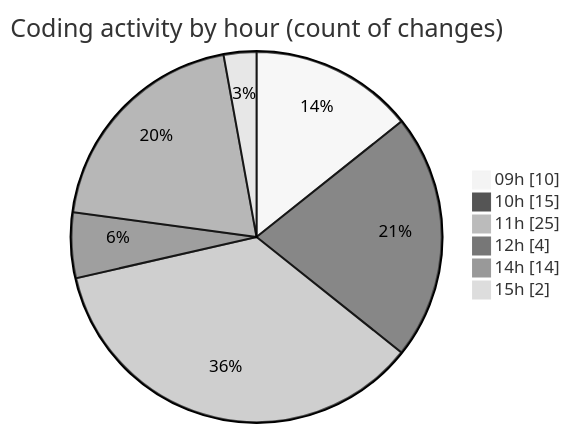
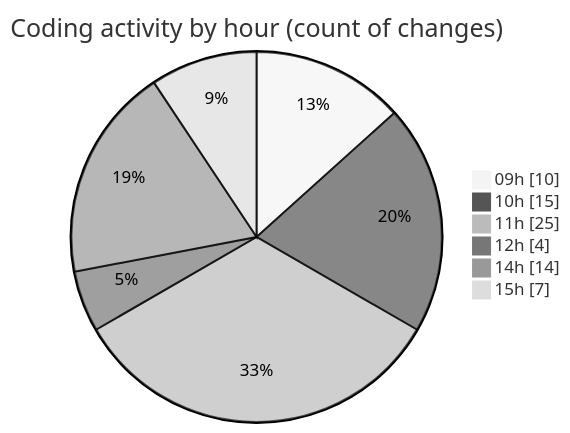
Before and after one commit to MatusMokan/code-tracking: the second of 2 diagrams in 2025-03-21/myws__workspace_/README.md, drawn with Mermaid (neutral theme). The commit also changed other lines of this file and 1 other file, not shown here.

````diff
--- a/2025-03-21/myws__workspace_/README.md
+++ b/2025-03-21/myws__workspace_/README.md
@@ -34,10 +35,10 @@
 ```mermaid
 pie showData
 title Coding activity by hour (count of changes)
 "09h" : 10
 "10h" : 15
 "11h" : 25
 "12h" : 4
 "14h" : 14
-"15h" : 2
+"15h" : 7
 ```
````
